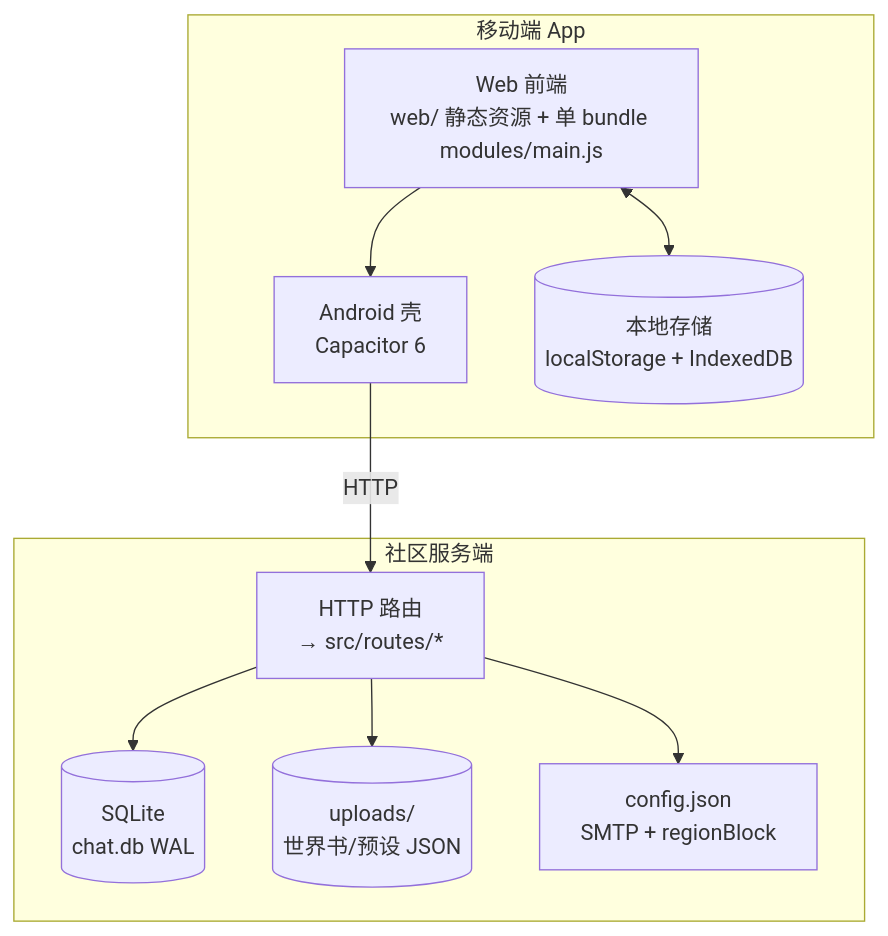
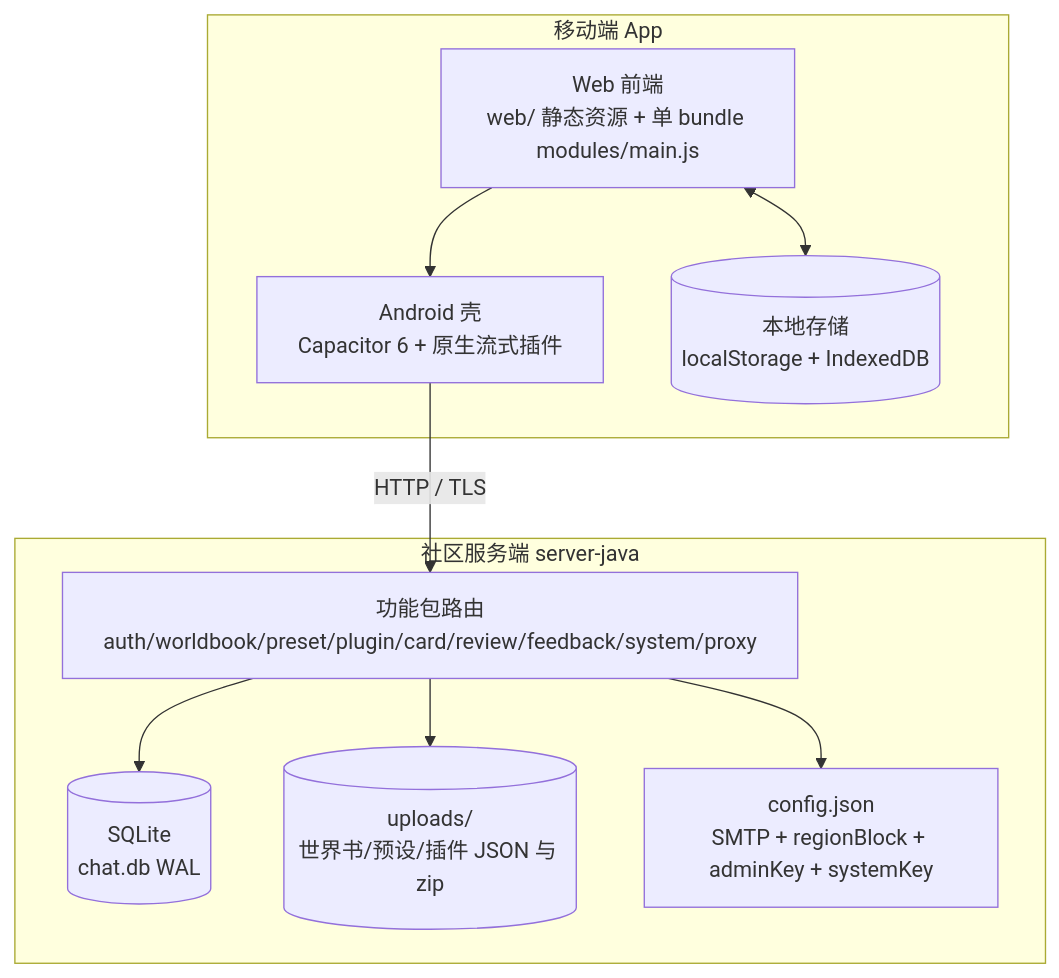
One commit to 7726123/BQB-Hub changed the second of 2 diagrams in docs/engineering-architecture.md. Above: the diagram before and after it, drawn with Mermaid. The commit also changed other lines of this file and 7 other files, not shown here.

````diff
--- a/docs/engineering-architecture.md
+++ b/docs/engineering-architecture.md
@@ -20,20 +21,20 @@
 ```mermaid
 graph TB
   subgraph 移动端 App
     WEB[Web 前端<br/>web/ 静态资源 + 单 bundle modules/main.js]
-    ANDROID[Android 壳<br/>Capacitor 6]
+    ANDROID[Android 壳<br/>Capacitor 6 + 原生流式插件]
     STORAGE[(本地存储<br/>localStorage + IndexedDB)]
   end
-  subgraph 社区服务端
-    HTTP[HTTP 路由<br/>→ src/routes/*]
+  subgraph 社区服务端 server-java
+    HTTP[功能包路由<br/>auth/worldbook/preset/plugin/card/review/feedback/system/proxy]
     SQLITE[(SQLite<br/>chat.db WAL)]
-    UPLOAD[(uploads/<br/>世界书/预设 JSON)]
-    CFG[config.json<br/>SMTP + regionBlock]
+    UPLOAD[(uploads/<br/>世界书/预设/插件 JSON 与 zip)]
+    CFG[config.json<br/>SMTP + regionBlock + adminKey + systemKey]
   end
   WEB --> ANDROID
   WEB <--> STORAGE
-  ANDROID -->|HTTP| HTTP
+  ANDROID -->|HTTP / TLS| HTTP
   HTTP --> SQLITE
   HTTP --> UPLOAD
   HTTP --> CFG
 ```
````
